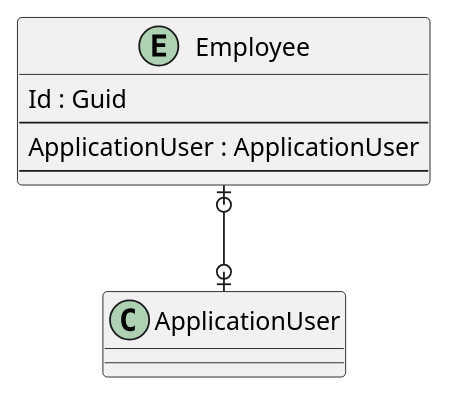
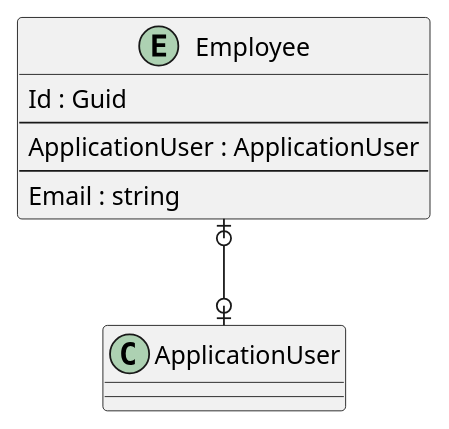
One commit to intrepion/intrepion_employee-managers_csharp changed the diagram in .docs/Sco.SarTool.pu. Above: the diagram before and after it, drawn with PlantUML.

```diff
--- a/.docs/Sco.SarTool.pu
+++ b/.docs/Sco.SarTool.pu
@@ -1,17 +1,18 @@
 @startuml
 
 entity Employee {
     Id : Guid
     --
     ApplicationUser : ApplicationUser
     ' EmployeeKeyCodePlaceholder
     --
+    Email : string
     ' EmployeePropertyCodePlaceholder
 }
 
 ' EntityCodePlaceholder
 
 Employee |o--o| ApplicationUser
 ' RelationshipCodePlaceholder
 
 @enduml
```
